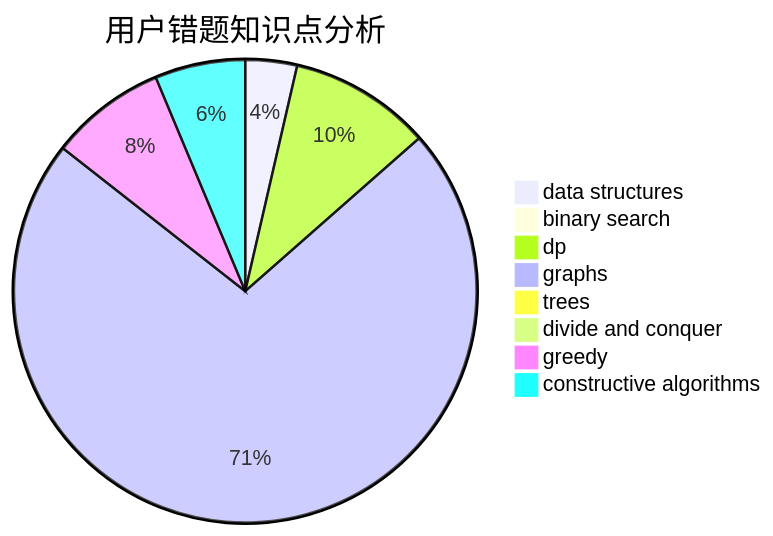
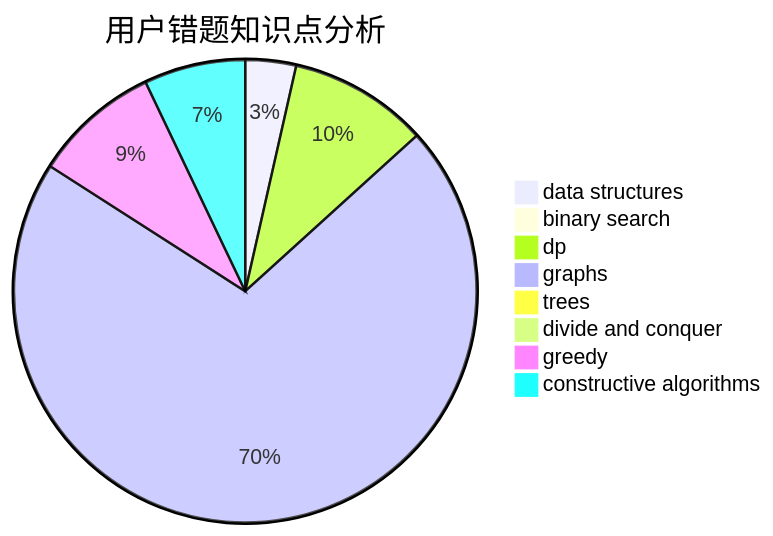
One commit to sherpahu/cfrs.github.io changed the third of 3 diagrams in docs/user/u2027.md. Above: the diagram before and after it, drawn with Mermaid. The commit also changed other lines of this file and 2770 other files, not shown here.

````diff
--- a/docs/user/u2027.md
+++ b/docs/user/u2027.md
@@ -36,11 +36,11 @@
 ```mermaid
 pie title 用户错题知识点分析
     "data structures" :  8
     "binary search" :  2
     "dp" :  22
     "graphs" :  160
     "trees" :  1
     "divide and conquer" :  0
-    "greedy" :  18
-    "constructive algorithms" :  14
+    "greedy" :  20
+    "constructive algorithms" :  16
 ```
````
